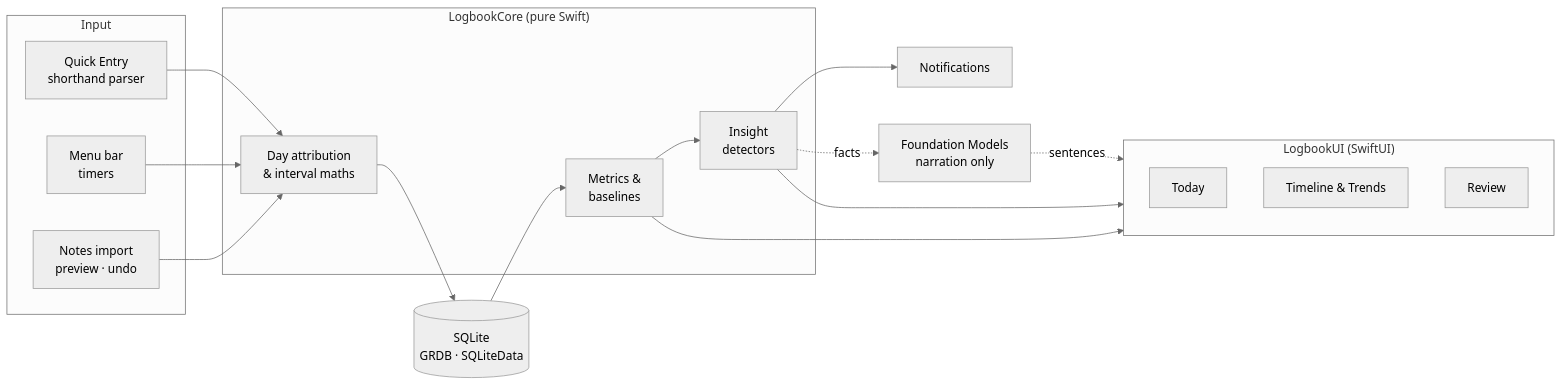
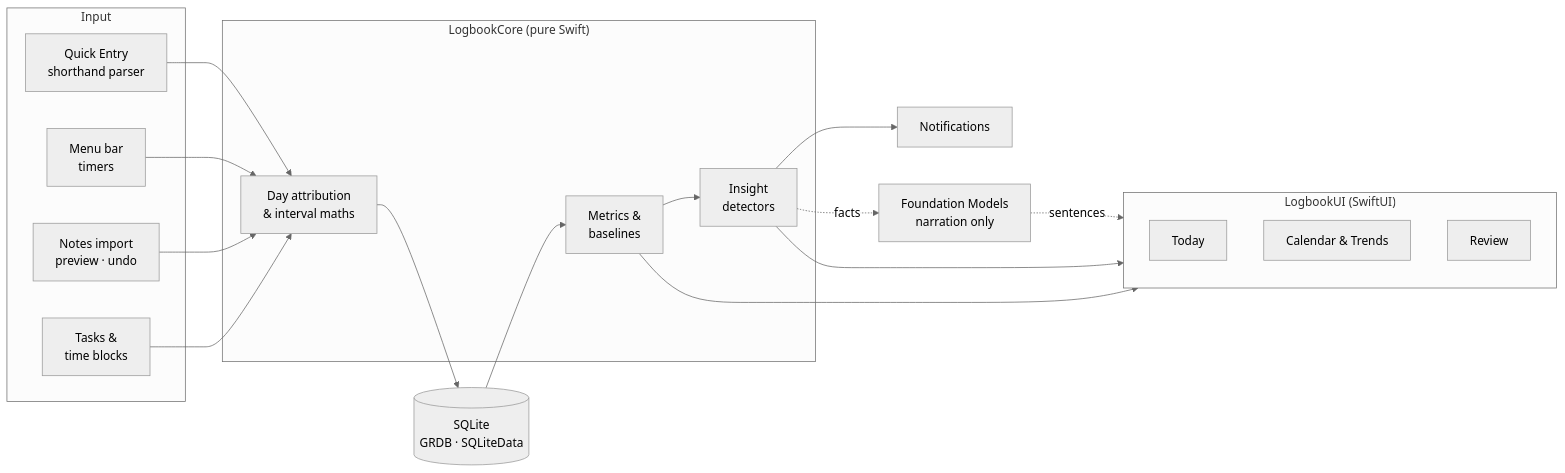
One commit to kanishkpaul/logbook changed the diagram in README.md. Above: the diagram before and after it, drawn with Mermaid (neutral theme). The commit also changed other lines of this file and 2 other files, not shown here.

First line of the commit message:
Plan: add to-do lists and time-blocking calendar

````diff
--- a/README.md
+++ b/README.md
@@ -131,31 +147,33 @@
 ```mermaid
 flowchart LR
     subgraph Input
         QE[Quick Entry<br/>shorthand parser]
         MB[Menu bar<br/>timers]
         IMP[Notes import<br/>preview · undo]
+        PLAN[Tasks &<br/>time blocks]
     end
     subgraph Core["LogbookCore (pure Swift)"]
         ATTR[Day attribution<br/>& interval maths]
         MET[Metrics &<br/>baselines]
         INS[Insight<br/>detectors]
     end
     DB[(SQLite<br/>GRDB · SQLiteData)]
     subgraph UI["LogbookUI (SwiftUI)"]
         TODAY[Today]
-        CHARTS[Timeline & Trends]
+        CHARTS[Calendar & Trends]
         REVIEW[Review]
     end
     NOTIF[Notifications]
     FM[Foundation Models<br/>narration only]
 
     QE --> ATTR
     MB --> ATTR
     IMP --> ATTR
+    PLAN --> ATTR
     ATTR --> DB
     DB --> MET --> INS
     MET --> UI
     INS --> UI
     INS --> NOTIF
     INS -. facts .-> FM -. sentences .-> UI
 ```
````
